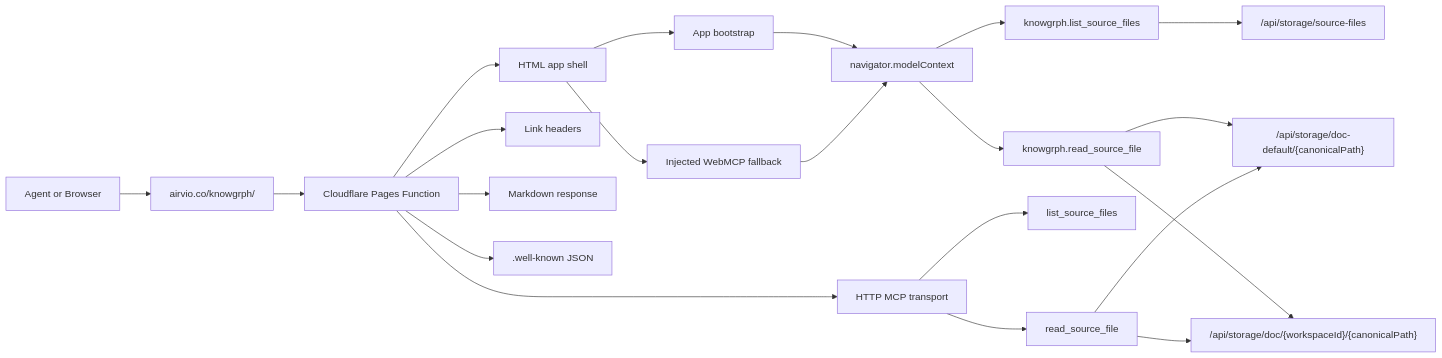
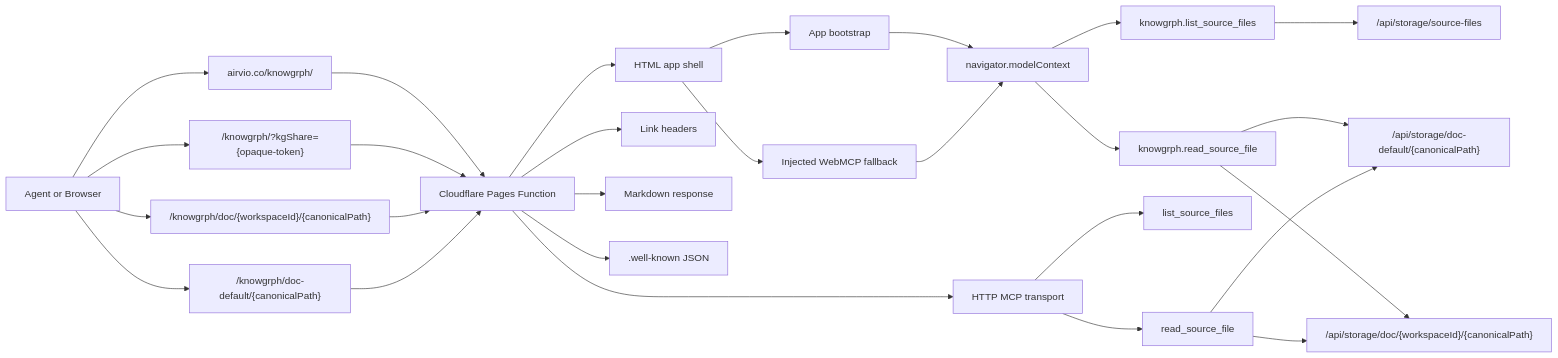
One commit to huijoohwee/knowgrph changed the first of 2 diagrams in docs/documents/knowgrph-agent-ready-prd-tad-proposed.md. Above: the diagram before and after it, drawn with Mermaid. The commit also changed other lines of this file and 10 other files, not shown here.

````diff
--- a/docs/documents/knowgrph-agent-ready-prd-tad-proposed.md
+++ b/docs/documents/knowgrph-agent-ready-prd-tad-proposed.md
@@ -395,23 +436,29 @@
 ```mermaid
 flowchart LR
   A["Agent or Browser"] --> B["airvio.co/knowgrph/"]
   B --> C["Cloudflare Pages Function"]
   C --> D["HTML app shell"]
   C --> E["Link headers"]
   C --> F["Markdown response"]
   C --> G[".well-known JSON"]
   C --> H["HTTP MCP transport"]
   D --> I["App bootstrap"]
   D --> J["Injected WebMCP fallback"]
   I --> K["navigator.modelContext"]
   J --> K
   K --> L["knowgrph.list_source_files"]
   K --> M["knowgrph.read_source_file"]
   H --> N["list_source_files"]
   H --> O["read_source_file"]
   L --> P["/api/storage/source-files"]
   M --> Q["/api/storage/doc-default/{canonicalPath}"]
   M --> R["/api/storage/doc/{workspaceId}/{canonicalPath}"]
   O --> Q
   O --> R
+  A --> S["/knowgrph/?kgShare={opaque-token}"]
+  A --> T["/knowgrph/doc/{workspaceId}/{canonicalPath}"]
+  A --> U["/knowgrph/doc-default/{canonicalPath}"]
+  S --> C
+  T --> C
+  U --> C
 ```
````
